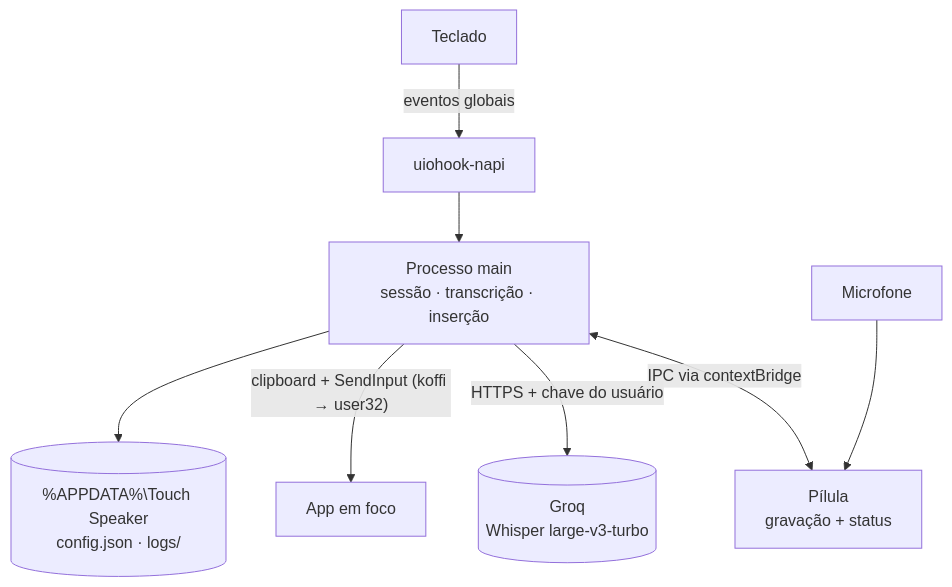
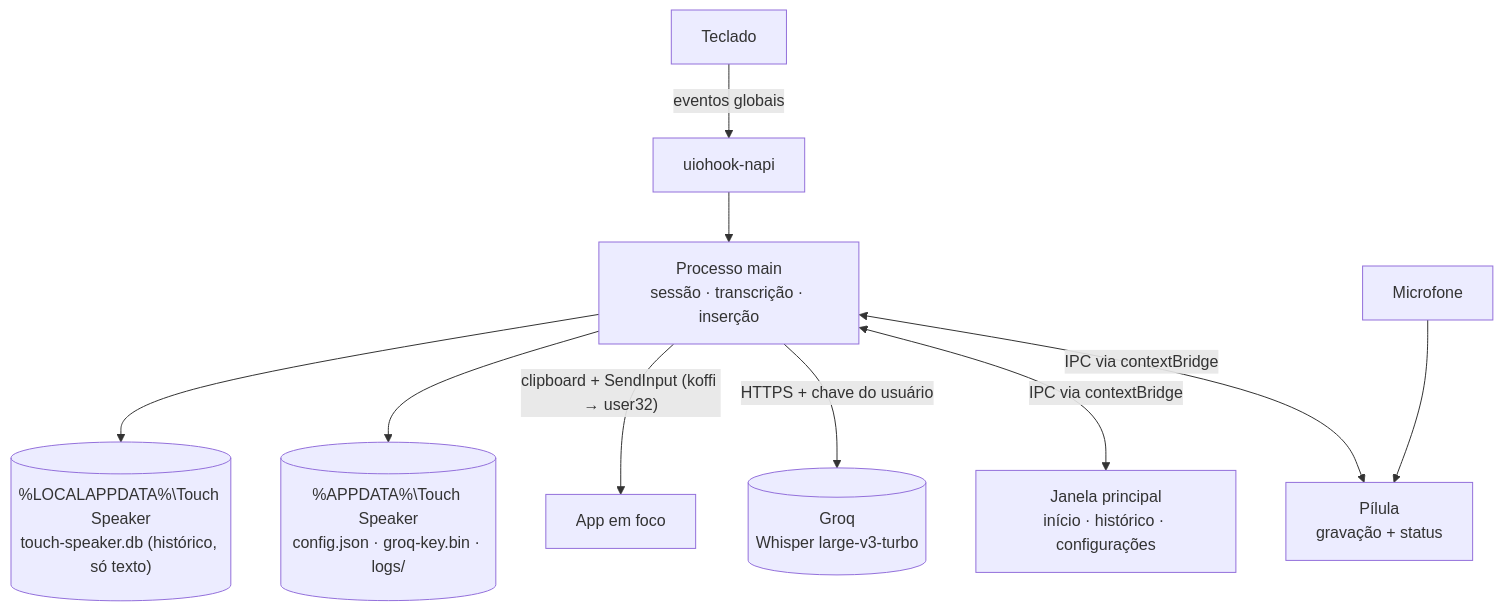
Before and after one commit to Victorkaue333/touch-speaker: the second of 2 diagrams in README.md, drawn with Mermaid. The commit also changed other lines of this file and 17 other files, not shown here.

````diff
--- a/README.md
+++ b/README.md
@@ -198,10 +202,12 @@
 ```mermaid
 flowchart TD
     K["Teclado"] -->|"eventos globais"| HK["uiohook-napi"]
     HK --> MAIN["Processo main<br/>sessão · transcrição · inserção"]
     MAIN <-->|"IPC via contextBridge"| PILL["Pílula<br/>gravação + status"]
+    MAIN <-->|"IPC via contextBridge"| WIN["Janela principal<br/>início · histórico · configurações"]
     MIC["Microfone"] --> PILL
     MAIN -->|"HTTPS + chave do usuário"| GROQ[("Groq<br/>Whisper large-v3-turbo")]
     MAIN -->|"clipboard + SendInput (koffi → user32)"| APP["App em foco"]
-    MAIN --> FILES[("%APPDATA%\Touch Speaker<br/>config.json · logs/")]
+    MAIN --> FILES[("%APPDATA%\Touch Speaker<br/>config.json · groq-key.bin · logs/")]
+    MAIN --> DB[("%LOCALAPPDATA%\Touch Speaker<br/>touch-speaker.db (histórico, só texto)")]
 ```
````
